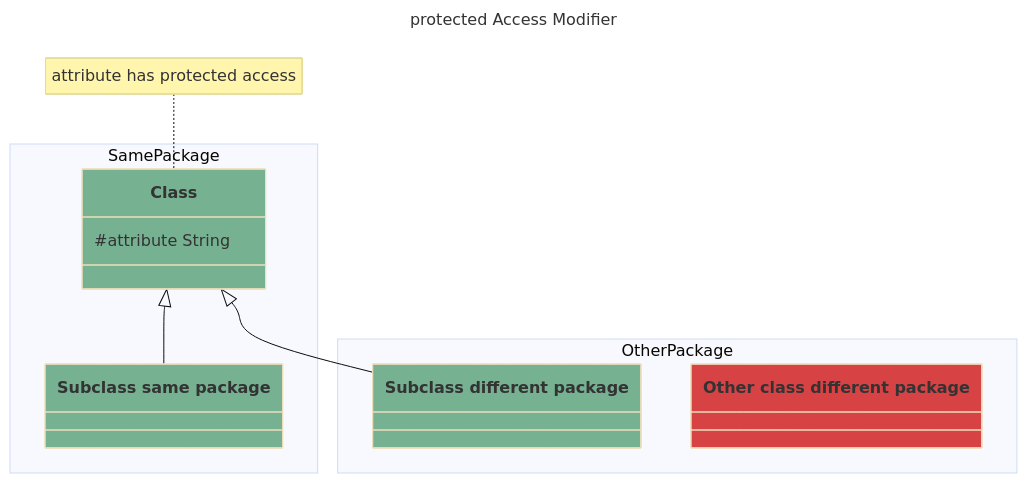
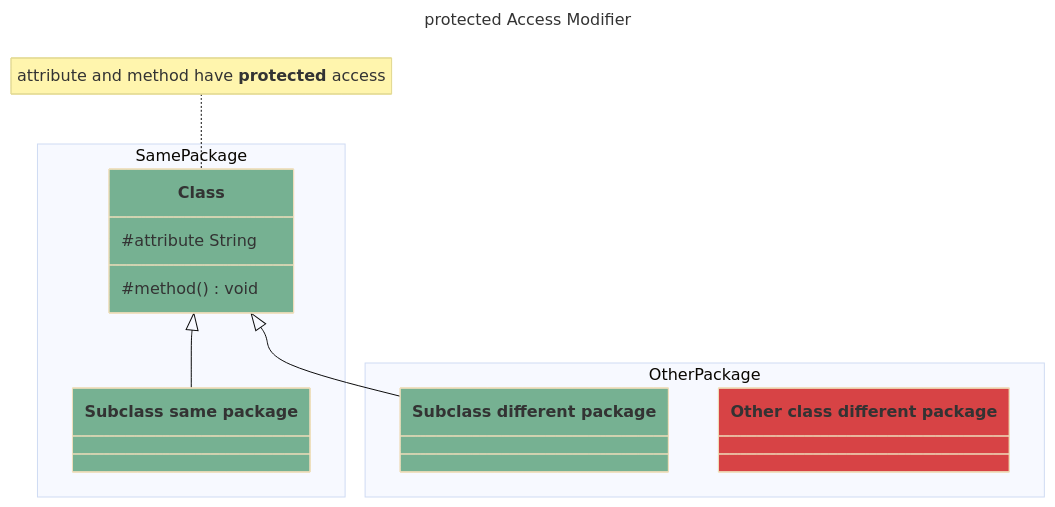
The third of 4 diagrams in README.md (ebouchut-laplateforme/java-fundamentals), drawn with Mermaid (base theme) before and after one commit. The commit also changed other lines of this file, not shown here.

Commit message:
docs(README): Document access modifiers for method

````diff
--- a/README.md
+++ b/README.md
@@ -92,30 +94,31 @@
 ```mermaid
 ---
 title: protected Access Modifier
 ---
 classDiagram
     direction TB
     
     namespace SamePackage {
         class Class:::can_access {
             #attribute String
+            #method()  void
         }
         class Subclass["Subclass same package"]:::can_access {
         }
     }
-    note for Class "attribute has protected access"
+    note for Class "attribute and method have **protected** access"
     Class <|-- Subclass
     
     namespace OtherPackage {
         class SubclassOtherPackage["Subclass different package"]:::can_access {
         }
         class ClassOtherPackage["Other class different package"]:::cannot_access {
             
         }
     }
     Class <|-- SubclassOtherPackage
     
     
     classDef can_access    fill:#76B192
     classDef cannot_access fill:#D74345
 ```
````
